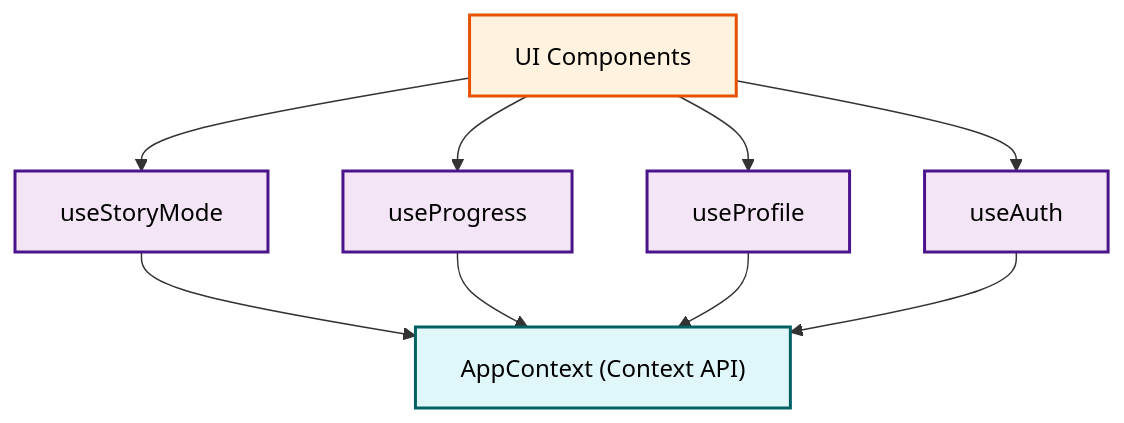
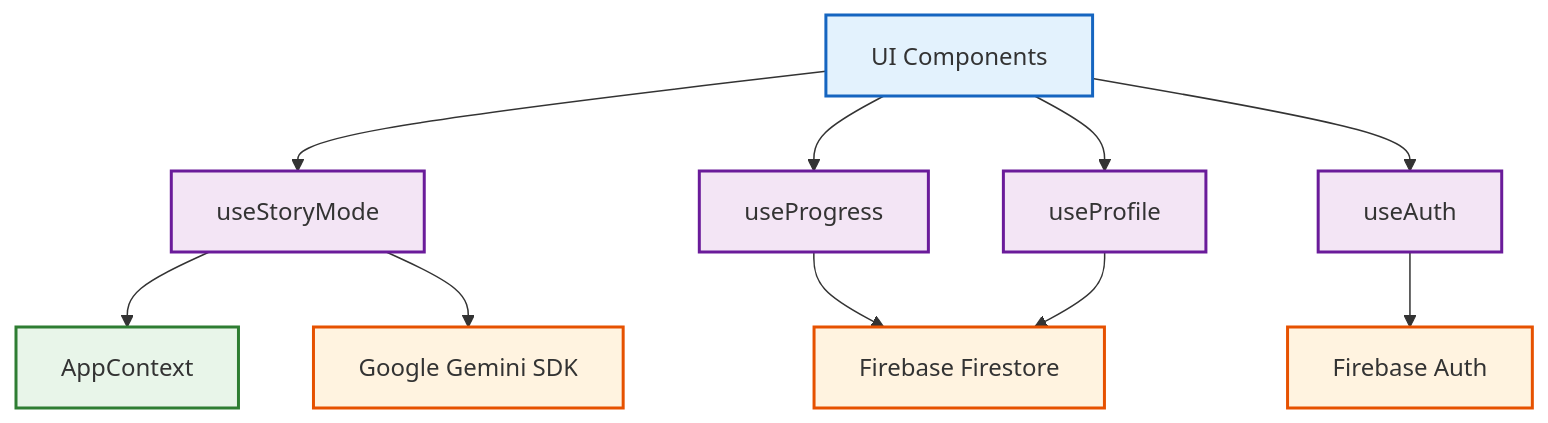
Before and after one commit to ll7098ll/prism: the diagram in docs/API_REFERENCE.md, drawn with Mermaid. The commit also changed other lines of this file and 25 other files, not shown here.

````diff
--- a/docs/API_REFERENCE.md
+++ b/docs/API_REFERENCE.md
@@ -13,16 +10,18 @@
 ```mermaid
 graph TD
-    classDef hook fill:#f3e5f5,stroke:#4a148c,stroke-width:2px,color:#000;
-    classDef context fill:#e0f7fa,stroke:#006064,stroke-width:2px,color:#000;
-    classDef comp fill:#fff3e0,stroke:#e65100,stroke-width:2px,color:#000;
+    classDef comp fill:#e3f2fd,stroke:#1565c0,stroke-width:2px;
+    classDef hook fill:#f3e5f5,stroke:#6a1b9a,stroke-width:2px;
+    classDef ctx fill:#e8f5e9,stroke:#2e7d32,stroke-width:2px;
+    classDef ext fill:#fff3e0,stroke:#e65100,stroke-width:2px;
 
-    UI[UI Components]:::comp --> HookA[useStoryMode]:::hook
-    UI --> HookB[useProgress]:::hook
-    UI --> HookC[useProfile]:::hook
-    UI --> HookD[useAuth]:::hook
+    UI[UI Components]:::comp --> HookStory[useStoryMode]:::hook
+    UI --> HookProg[useProgress]:::hook
+    UI --> HookProf[useProfile]:::hook
+    UI --> HookAuth[useAuth]:::hook
     
-    HookA --> HookState["AppContext (Context API)"]:::context
-    HookB --> HookState
-    HookC --> HookState
-    HookD --> HookState
+    HookStory --> Context[AppContext]:::ctx
+    HookProg --> Firebase[Firebase Firestore]:::ext
+    HookProf --> Firebase
+    HookAuth --> FirebaseAuth[Firebase Auth]:::ext
+    HookStory --> Gemini[Google Gemini SDK]:::ext
 ```
````
